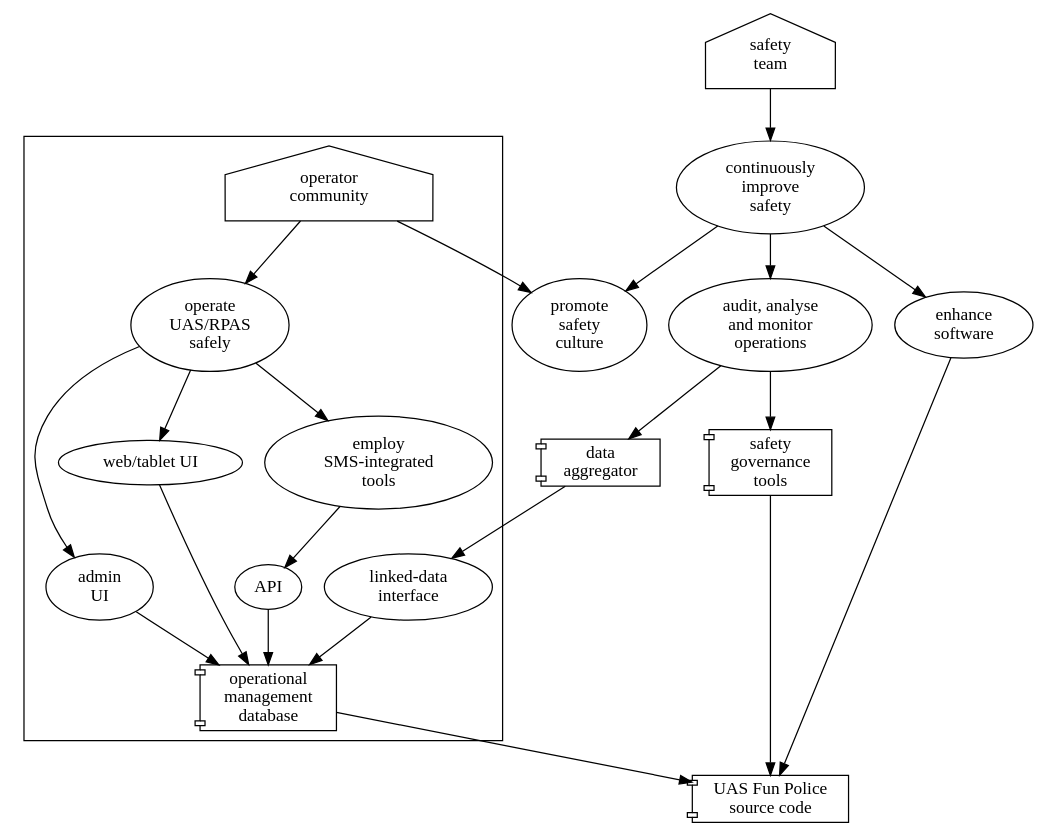
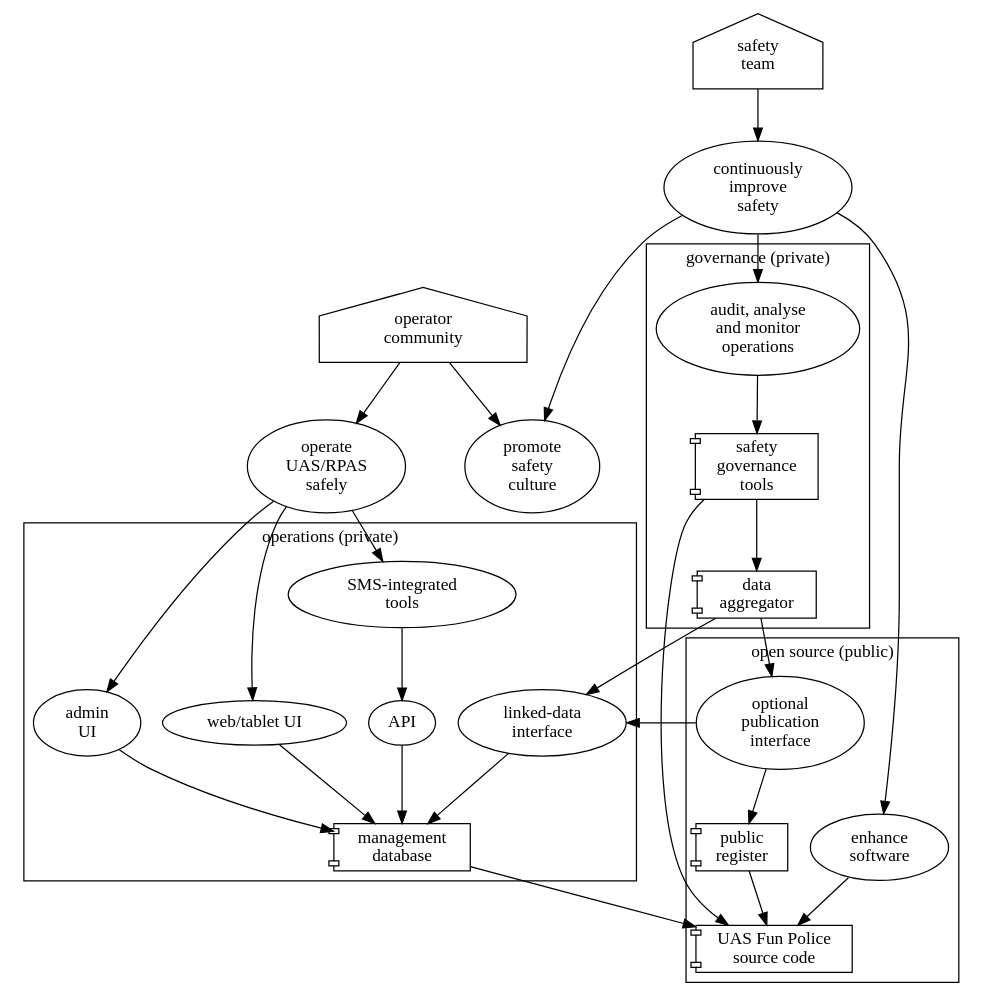
Before and after one commit to monkeypants/UASFunPolice: the second of 2 diagrams in tmp/design.rst, drawn with Graphviz.

Commit message:
clarify design idea

```diff
--- a/tmp/design.rst
+++ b/tmp/design.rst
@@ -29,42 +29,50 @@
 .. graphviz::
 
    digraph d {
       subgraph cluster_opcom {
-         opcom [label="operator\ncommunity" shape=house];
-         sms [label="operational\nmanagement\ndatabase" shape=component];
+         label = "operations (private)"
+         sms [label="management\ndatabase" shape=component];
 	 sms_admin_ui [label="admin\nUI"];
 	 sms_ui [label="web/tablet UI"];
 	 sms_api [label="API"];
 	 sms_rdf [label="linked-data\ninterface"];
 	 
 	 sms_admin_ui -> sms;
 	 sms_ui -> sms;
 	 sms_api -> sms;
 	 sms_rdf -> sms;
+	 integrate [label="SMS-integrated\ntools"];
+	 integrate -> sms_api;
 
-	 operate [label="operate\nUAS/RPAS\nsafely"];
-	 opcom -> operate;
-	 integrate [label="employ\nSMS-integrated\ntools"];
-	 operate -> integrate;
-
-	 integrate -> sms_api;
-	 operate -> sms_ui;
-	 operate -> sms_admin_ui;
-    }
+      }
+      subgraph cluster_public {
+         label = "open source (public)";
+         enhance [label="enhance\nsoftware" shape=ellipse];
+         src [label="UAS Fun Police\nsource code" shape=component];
+	 pr [label="public\nregister" shape=component];
+	 pri [label="optional\npublication\ninterface"];
+	 pri -> pr -> src;
+      }
+      subgraph cluster_st {
+         label = "governance (private)";
+         aa [label="audit, analyse\nand monitor\noperations"];	 
+         ag [label="data\naggregator" shape=component];
+         gov [label="safety\ngovernance\ntools" shape=component];
+      }
+      ag -> pri -> sms_rdf;
+      promote [label="promote\nsafety\nculture" shape=ellipse];
+      opcom [label="operator\ncommunity" shape=house];
+      operate [label="operate\nUAS/RPAS\nsafely"];
+      operate -> integrate;
+      operate -> sms_ui;
+      operate -> sms_admin_ui;
       hub [label="safety\nteam" shape=house];
-      promote [label="promote\nsafety\nculture" shape=ellipse];
+      ci [label="continuously\nimprove\nsafety" shape=ellipse];
       opcom -> promote;
-
-      ci [label="continuously\nimprove\nsafety" shape=ellipse];      
-      aa [label="audit, analyse\nand monitor\noperations"];
-      ag [label="data\naggregator" shape=component];
-
-      hub -> ci -> aa -> ag -> sms_rdf;
+      opcom -> operate;
+      hub -> ci -> aa -> gov -> ag -> sms_rdf;
       ci -> promote;
-      enhance [label="enhance\nsoftware" shape=ellipse];
-      src [label="UAS Fun Police\nsource code" shape=component];
       ci -> enhance -> src;
       sms -> src;
-      gov [label="safety\ngovernance\ntools" shape=component];
-      aa -> gov -> src;
+      gov -> src;
    }
```
